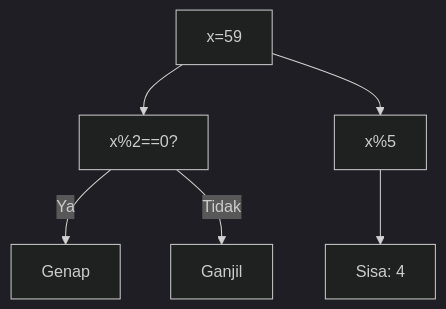
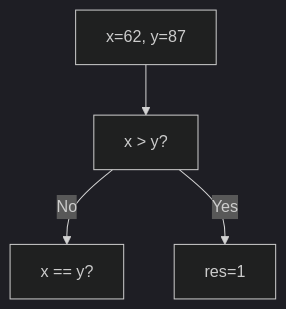
Diagram 14 of 25 in part-c-pemahaman-cpp/02-percabangan/latihan/set-02.md (amnahwaida/OSNK_INF_PREP), drawn with Mermaid (dark theme) before and after one commit. The commit also changed other lines of this file and 71 other files, not shown here.

````diff
--- a/part-c-pemahaman-cpp/02-percabangan/latihan/set-02.md
+++ b/part-c-pemahaman-cpp/02-percabangan/latihan/set-02.md
@@ -322,8 +393,6 @@
 ```mermaid
 graph TD
-A["x=59"] --> B["x%2==0?"]
-B -- Ya --> C["Genap"]
-B -- Tidak --> D["Ganjil"]
-A --> E["x%5"]
-E --> F["Sisa: 4"]
+A["x=62, y=87"] --> B["x > y?"]
+B -- No --> C["x == y?"]
+B -- Yes --> D[res=1]
 ```
````
